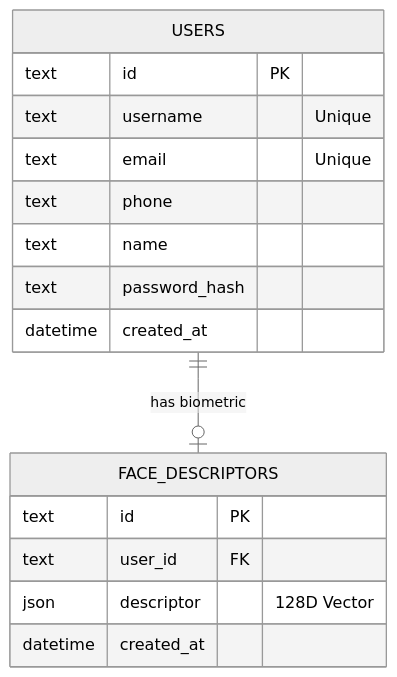
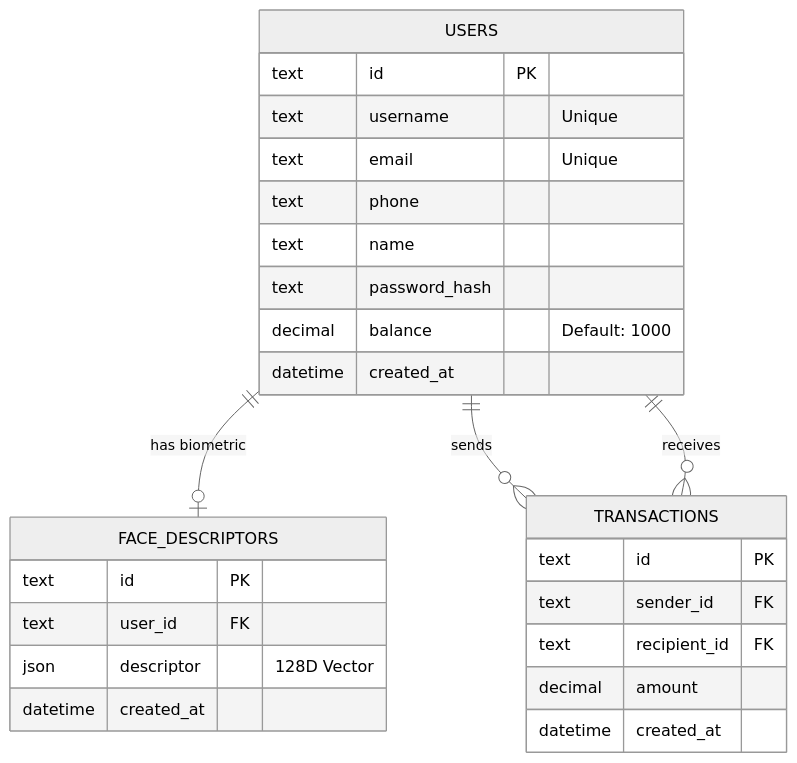
One commit to miran786/face_login changed the third of 3 diagrams in README.md. Above: the diagram before and after it, drawn with Mermaid (neutral theme). The commit also changed other lines of this file and 91 other files, not shown here.

````diff
--- a/README.md
+++ b/README.md
@@ -129,19 +143,29 @@
 ```mermaid
 erDiagram
     USERS {
         text id PK
         text username "Unique"
         text email "Unique"
         text phone
         text name
         text password_hash
+        decimal balance "Default: 1000"
         datetime created_at
     }
     FACE_DESCRIPTORS {
         text id PK
         text user_id FK
         json descriptor "128D Vector"
         datetime created_at
     }
+    TRANSACTIONS {
+        text id PK
+        text sender_id FK
+        text recipient_id FK
+        decimal amount
+        datetime created_at
+    }
     USERS ||--o| FACE_DESCRIPTORS : "has biometric"
+    USERS ||--o{ TRANSACTIONS : "sends"
+    USERS ||--o{ TRANSACTIONS : "receives"
 ```
````
